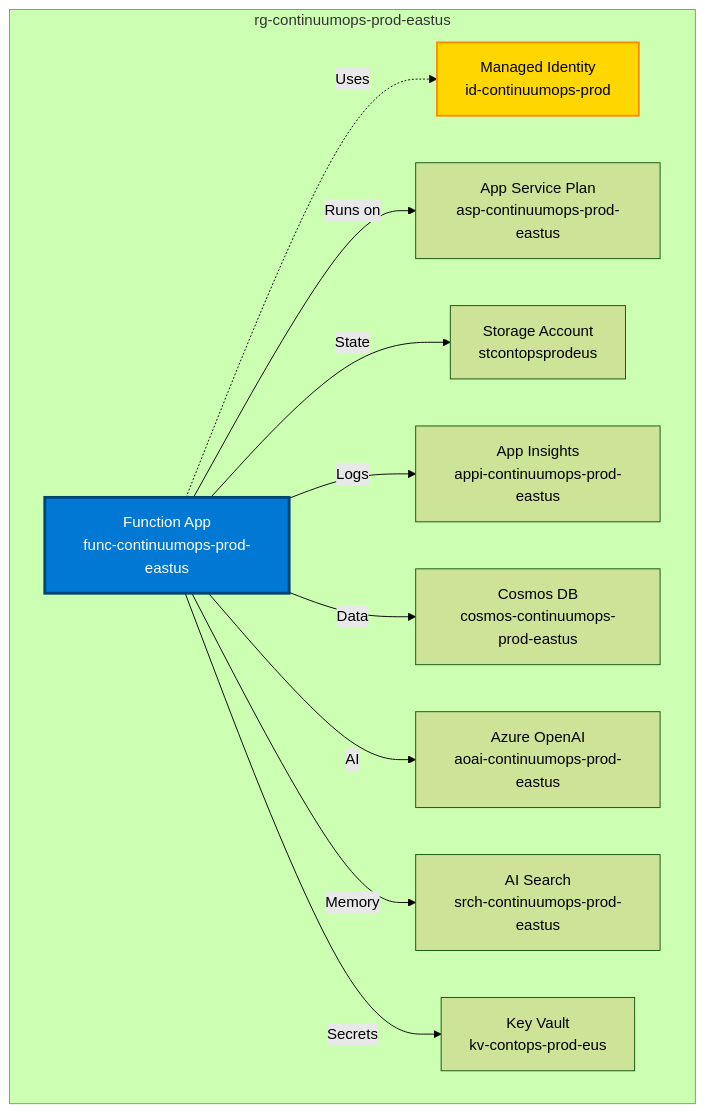
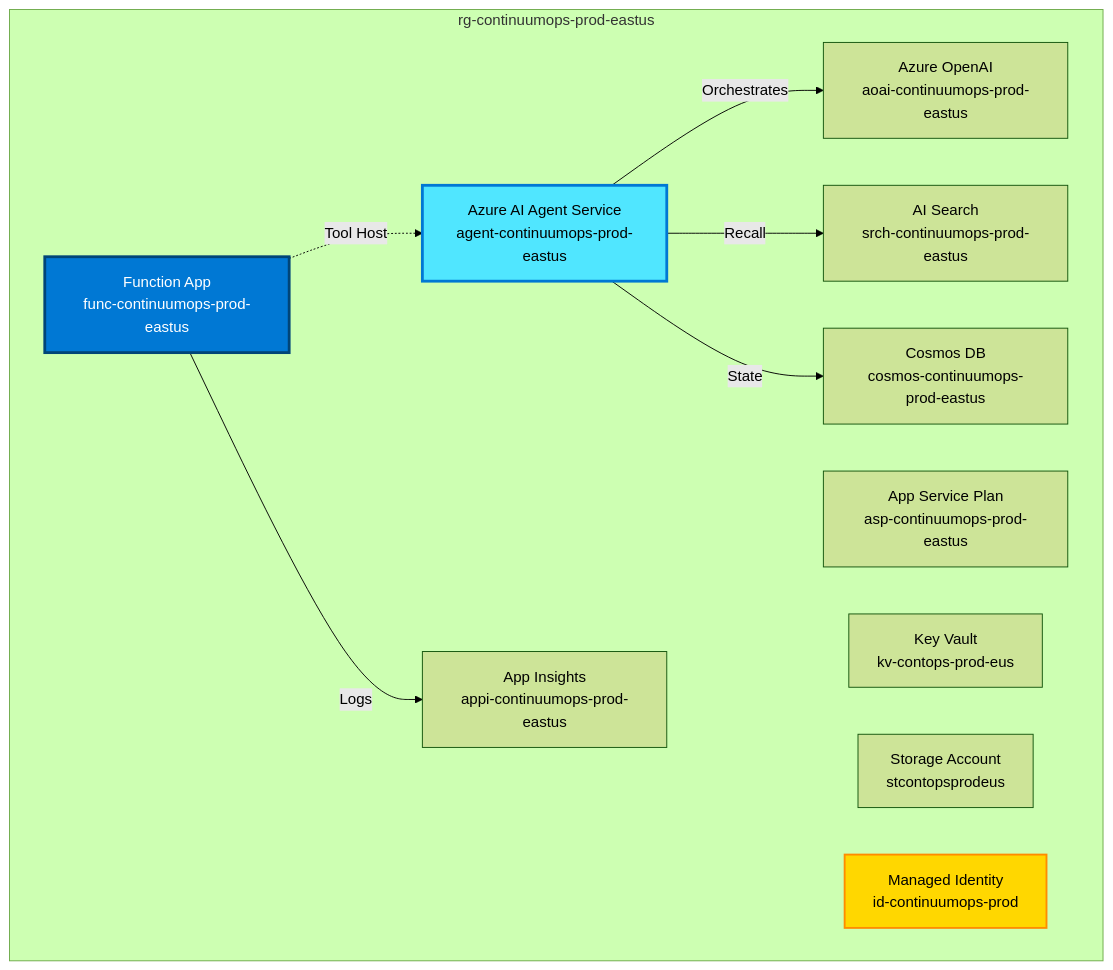
One commit to mayankgupta7673/Continuum-Ops changed the first of 2 diagrams in docs/02-Deployment-Guide.md. Above: the diagram before and after it, drawn with Mermaid (forest theme). The commit also changed other lines of this file and 8 other files, not shown here.

````diff
--- a/docs/02-Deployment-Guide.md
+++ b/docs/02-Deployment-Guide.md
@@ -67,26 +67,25 @@
 ```mermaid
 graph TB
     subgraph ResourceGroup[rg-continuumops-prod-eastus]
-        FUNC[Function App<br/>func-continuumops-prod-eastus]
-        PLAN[App Service Plan<br/>asp-continuumops-prod-eastus]
-        COSMOS[Cosmos DB<br/>cosmos-continuumops-prod-eastus]
-        OPENAI[Azure OpenAI<br/>aoai-continuumops-prod-eastus]
-        SEARCH[AI Search<br/>srch-continuumops-prod-eastus]
-        INSIGHTS[App Insights<br/>appi-continuumops-prod-eastus]
-        KV[Key Vault<br/>kv-contops-prod-eus]
-        STORAGE[Storage Account<br/>stcontopsprodeus]
-        MI[Managed Identity<br/>id-continuumops-prod]
+        FUNC["Function App<br/>func-continuumops-prod-eastus"]
+        PLAN["App Service Plan<br/>asp-continuumops-prod-eastus"]
+        COSMOS["Cosmos DB<br/>cosmos-continuumops-prod-eastus"]
+        AGENT["Azure AI Agent Service<br/>agent-continuumops-prod-eastus"]
+        OPENAI["Azure OpenAI<br/>aoai-continuumops-prod-eastus"]
+        SEARCH["AI Search<br/>srch-continuumops-prod-eastus"]
+        INSIGHTS["App Insights<br/>appi-continuumops-prod-eastus"]
+        KV["Key Vault<br/>kv-contops-prod-eus"]
+        STORAGE["Storage Account<br/>stcontopsprodeus"]
+        MI["Managed Identity<br/>id-continuumops-prod"]
     end
     
-    FUNC -.->|Uses| MI
-    FUNC -->|Runs on| PLAN
-    FUNC -->|State| STORAGE
+    FUNC -.->|Tool Host| AGENT
+    AGENT -->|Orchestrates| OPENAI
+    AGENT -->|Recall| SEARCH
+    AGENT -->|State| COSMOS
     FUNC -->|Logs| INSIGHTS
-    FUNC -->|Data| COSMOS
-    FUNC -->|AI| OPENAI
-    FUNC -->|Memory| SEARCH
-    FUNC -->|Secrets| KV
     
     style FUNC fill:#0078d4,stroke:#004578,stroke-width:3px,color:#fff
+    style AGENT fill:#50e6ff,stroke:#0078d4,stroke-width:3px
     style MI fill:#FFD700,stroke:#FF8C00,stroke-width:2px
 ```
````
